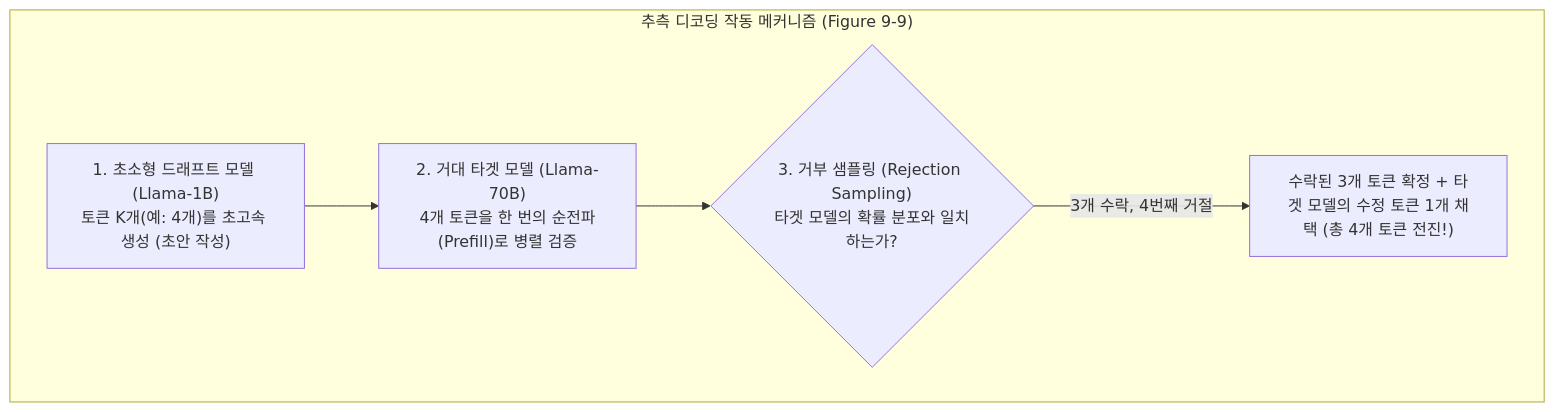
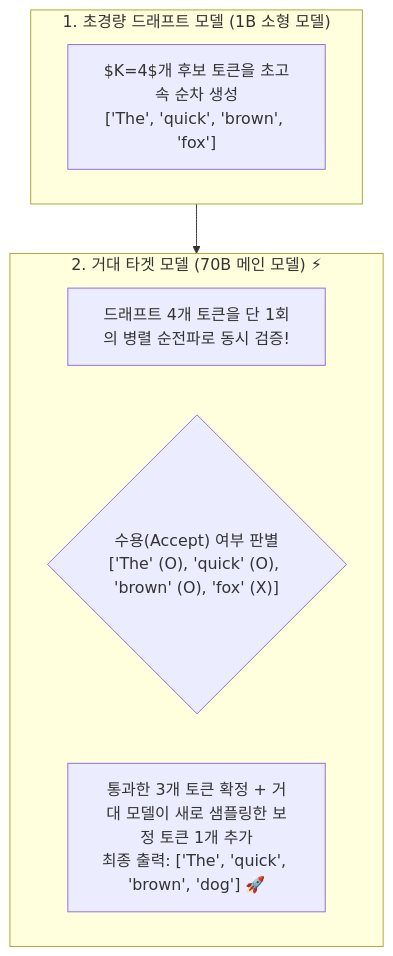
The first of 3 diagrams in chapter-qa/ch09-inference-optimization-qa/03-speculative-decoding-caching-and-parallelism.md (sing-u8/AI-Engineering), drawn with Mermaid before and after one commit. The commit also changed other lines of this file and 11 other files, not shown here.

````diff
--- a/chapter-qa/ch09-inference-optimization-qa/03-speculative-decoding-caching-and-parallelism.md
+++ b/chapter-qa/ch09-inference-optimization-qa/03-speculative-decoding-caching-and-parallelism.md
@@ -37,8 +39,14 @@
 ```mermaid
 flowchart TD
-    subgraph SpecDec["추측 디코딩 작동 메커니즘 (Figure 9-9)"]
-        Draft["1. 초소형 드래프트 모델 (Llama-1B)\n토큰 K개(예: 4개)를 초고속 생성 (초안 작성)"] --> Target["2. 거대 타겟 모델 (Llama-70B)\n4개 토큰을 한 번의 순전파(Prefill)로 병렬 검증"]
-        Target --> Reject{"3. 거부 샘플링 (Rejection Sampling)\n타겟 모델의 확률 분포와 일치하는가?"}
-        Reject -- "3개 수락, 4번째 거절" --> Accept["수락된 3개 토큰 확정 + 타겟 모델의 수정 토큰 1개 채택 (총 4개 토큰 전진!)"]
+    subgraph Draft["1. 초경량 드래프트 모델 (1B 소형 모델)"]
+        D1["$K=4$개 후보 토큰을 초고속 순차 생성\n['The', 'quick', 'brown', 'fox']"]
     end
+
+    subgraph Target["2. 거대 타겟 모델 (70B 메인 모델) ⚡"]
+        T1["드래프트 4개 토큰을 단 1회의 병렬 순전파로 동시 검증!"]
+        T2{"수용(Accept) 여부 판별\n['The' (O), 'quick' (O), 'brown' (O), 'fox' (X)]"}
+        T3["통과한 3개 토큰 확정 + 거대 모델이 새로 샘플링한 보정 토큰 1개 추가\n최종 출력: ['The', 'quick', 'brown', 'dog'] 🚀"]
+    end
+
+    Draft --> Target
 ```
````
